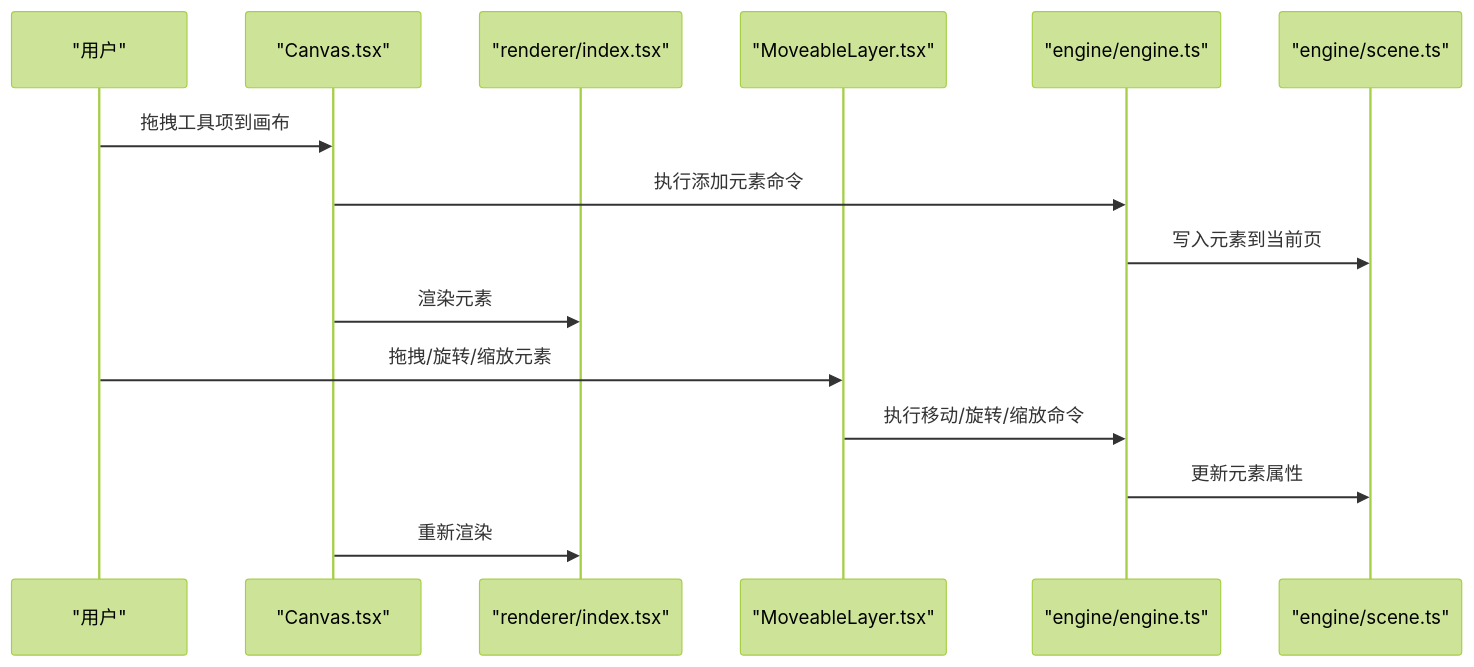
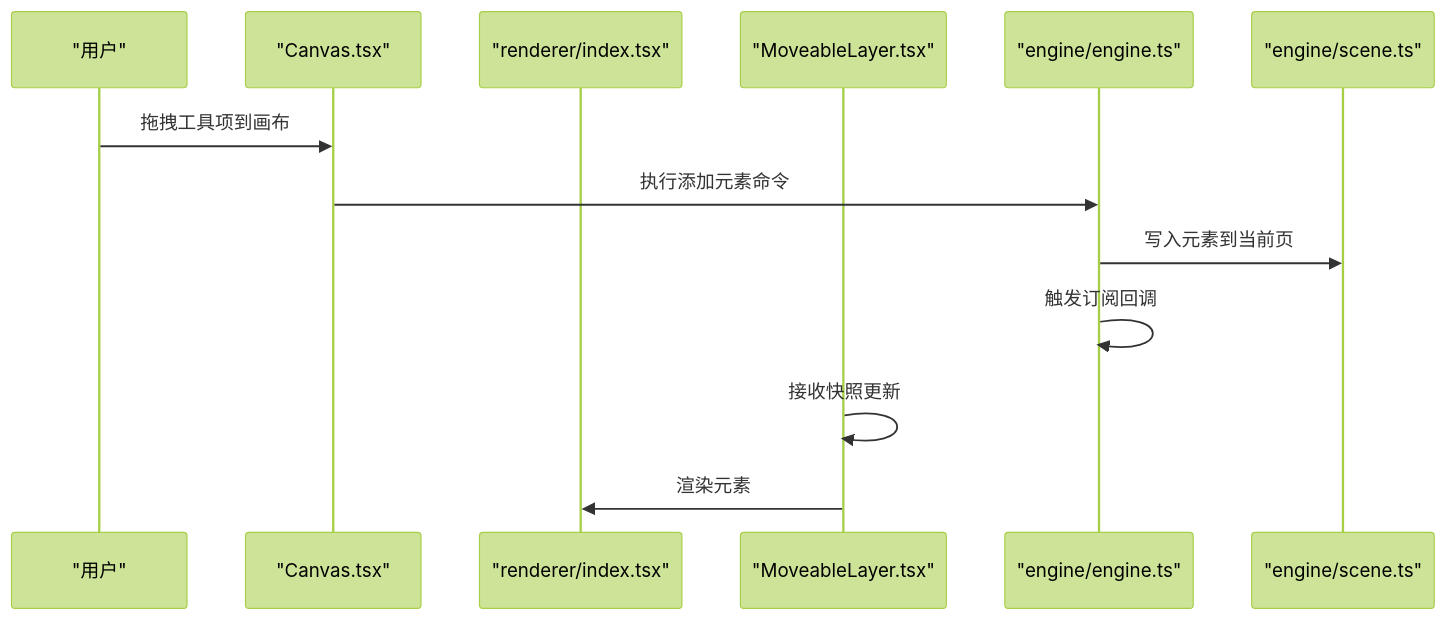
The second of 5 diagrams in .qoder/repowiki/zh/content/UI组件系统/UI组件系统.md (Anna0314zy/ai_editor_enginer), drawn with Mermaid (forest theme) before and after one commit. The commit also changed other lines of this file and 7 other files, not shown here.

````diff
--- a/.qoder/repowiki/zh/content/UI组件系统/UI组件系统.md
+++ b/.qoder/repowiki/zh/content/UI组件系统/UI组件系统.md
@@ -143,17 +137,15 @@
 ```mermaid
 sequenceDiagram
 participant U as "用户"
 participant C as "Canvas.tsx"
 participant R as "renderer/index.tsx"
 participant M as "MoveableLayer.tsx"
 participant E as "engine/engine.ts"
 participant S as "engine/scene.ts"
 U->>C : 拖拽工具项到画布
 C->>E : 执行添加元素命令
 E->>S : 写入元素到当前页
-C->>R : 渲染元素
-U->>M : 拖拽/旋转/缩放元素
-M->>E : 执行移动/旋转/缩放命令
-E->>S : 更新元素属性
-C->>R : 重新渲染
+E->>E : 触发订阅回调
+M->>M : 接收快照更新
+M->>R : 渲染元素
 ```
````
